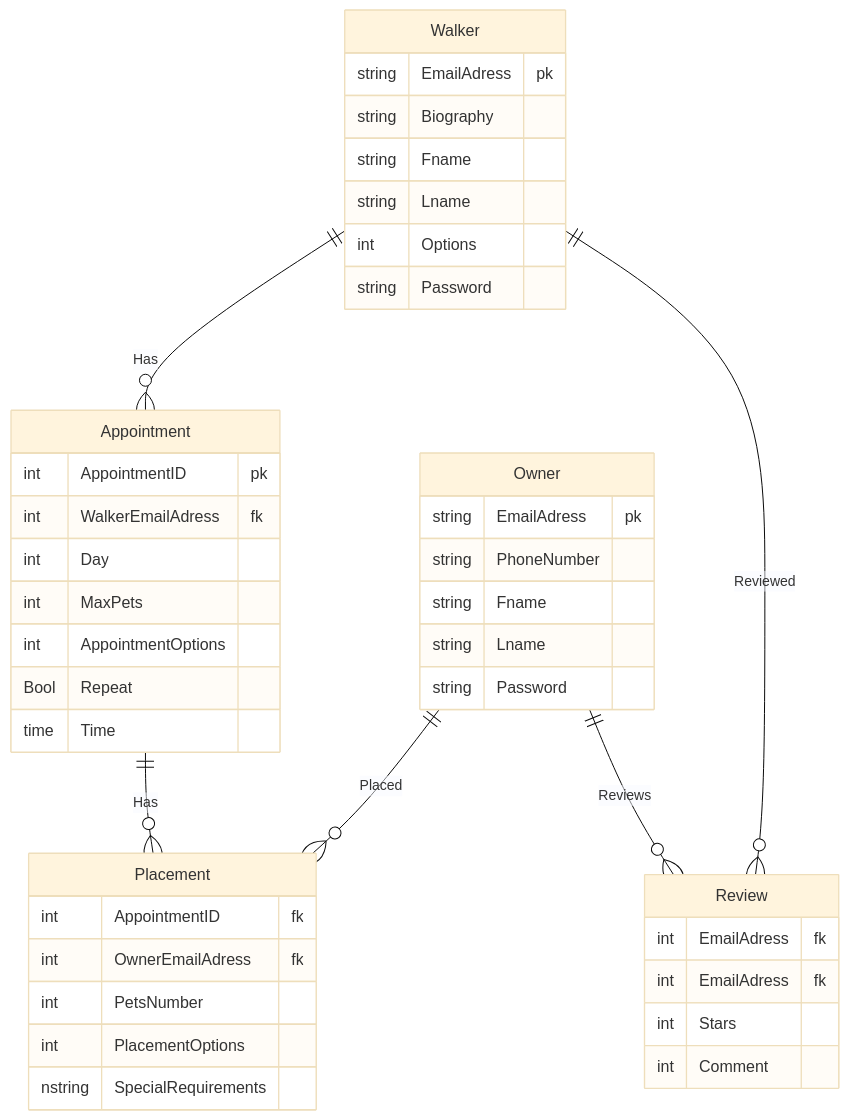
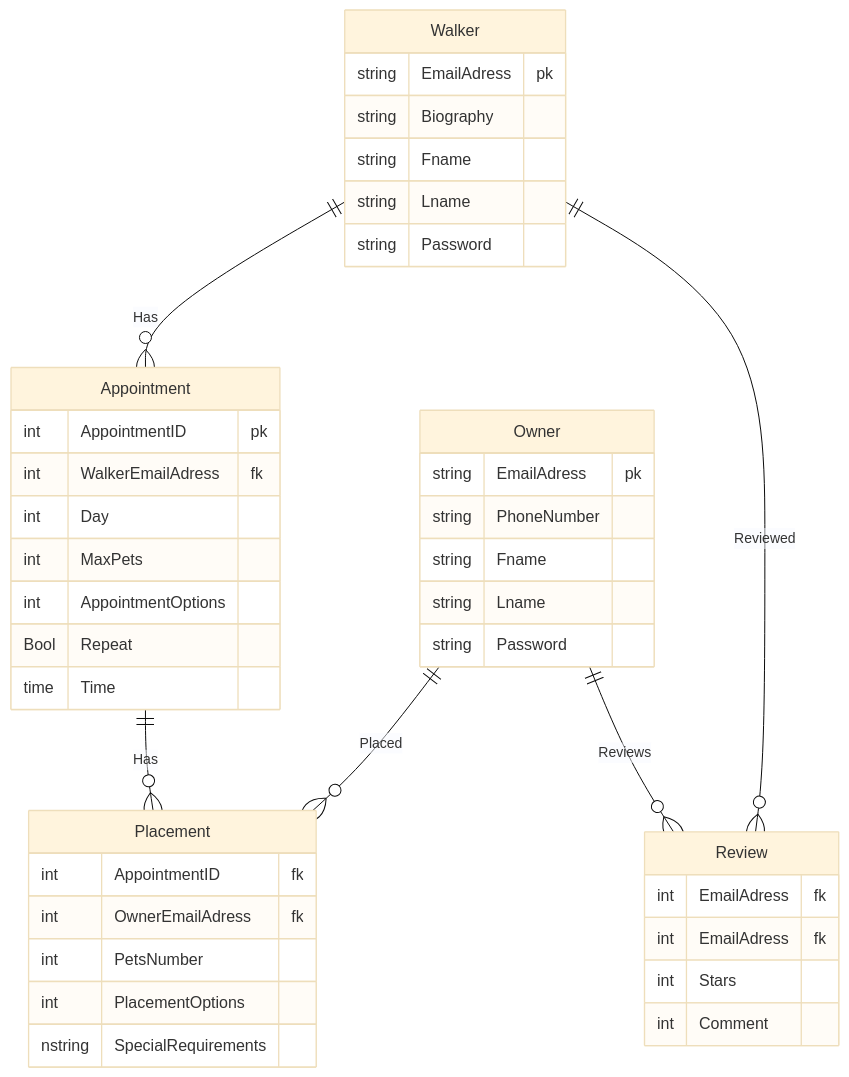
Before and after one commit to penguinjuice311/coursework: the diagram in erd.md, drawn with Mermaid (base theme).

````diff
--- a/erd.md
+++ b/erd.md
@@ -1,47 +1,46 @@
 ```mermaid
 erDiagram
 
 Walker ||--o{Appointment: Has
 Appointment ||--o{Placement: Has
 Owner ||--o{Placement: Placed
 Walker ||--o{Review: Reviewed
 Owner ||--o{Review: Reviews
 
 Walker {
   string EmailAdress pk
   string Biography 
   string Fname
   string Lname
-  int Options
   string Password }
 
 Owner {
   string EmailAdress pk
   string PhoneNumber 
   string Fname
   string Lname
   string Password }
 
 Appointment {
   int AppointmentID pk
   int WalkerEmailAdress fk
   int Day 
   int MaxPets
   int AppointmentOptions
   Bool Repeat
   time Time }
 
 Placement {
   int AppointmentID fk
   int OwnerEmailAdress fk
   int PetsNumber
   int PlacementOptions
   nstring SpecialRequirements }
 
 Review {
   int EmailAdress fk
   int EmailAdress fk
   int Stars
   int Comment }
 
 ```
````
